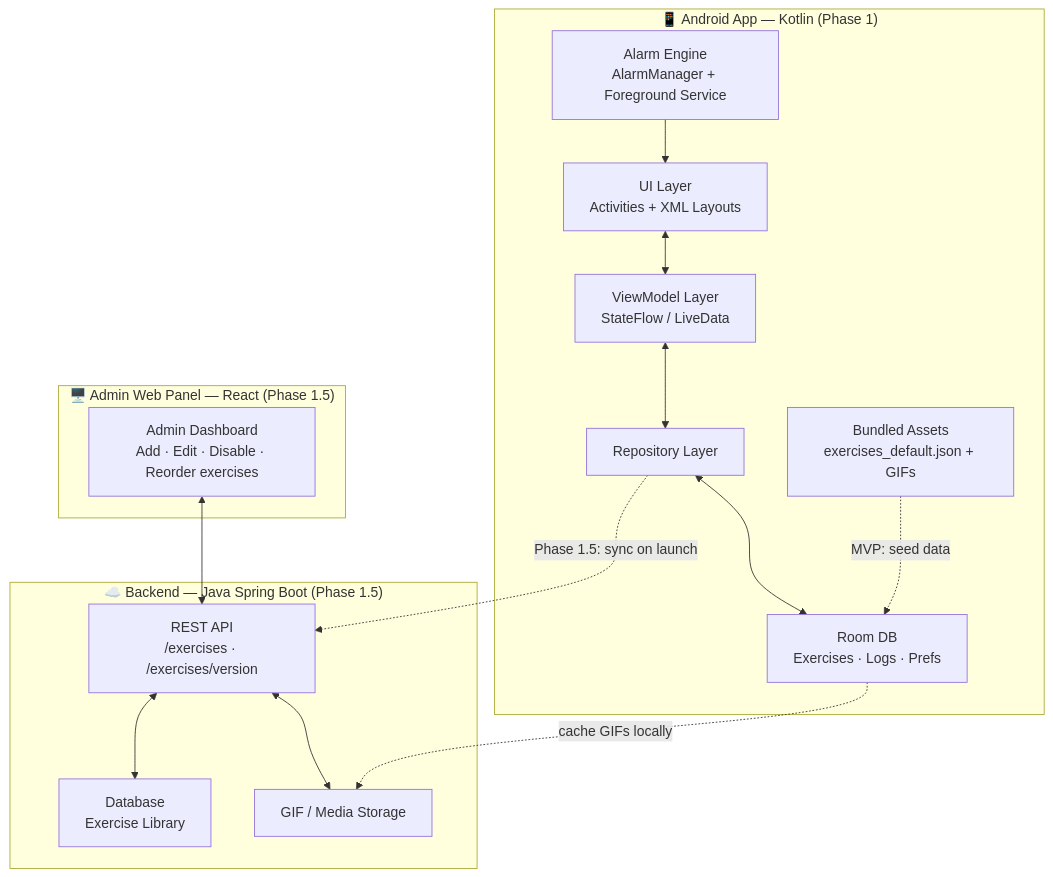
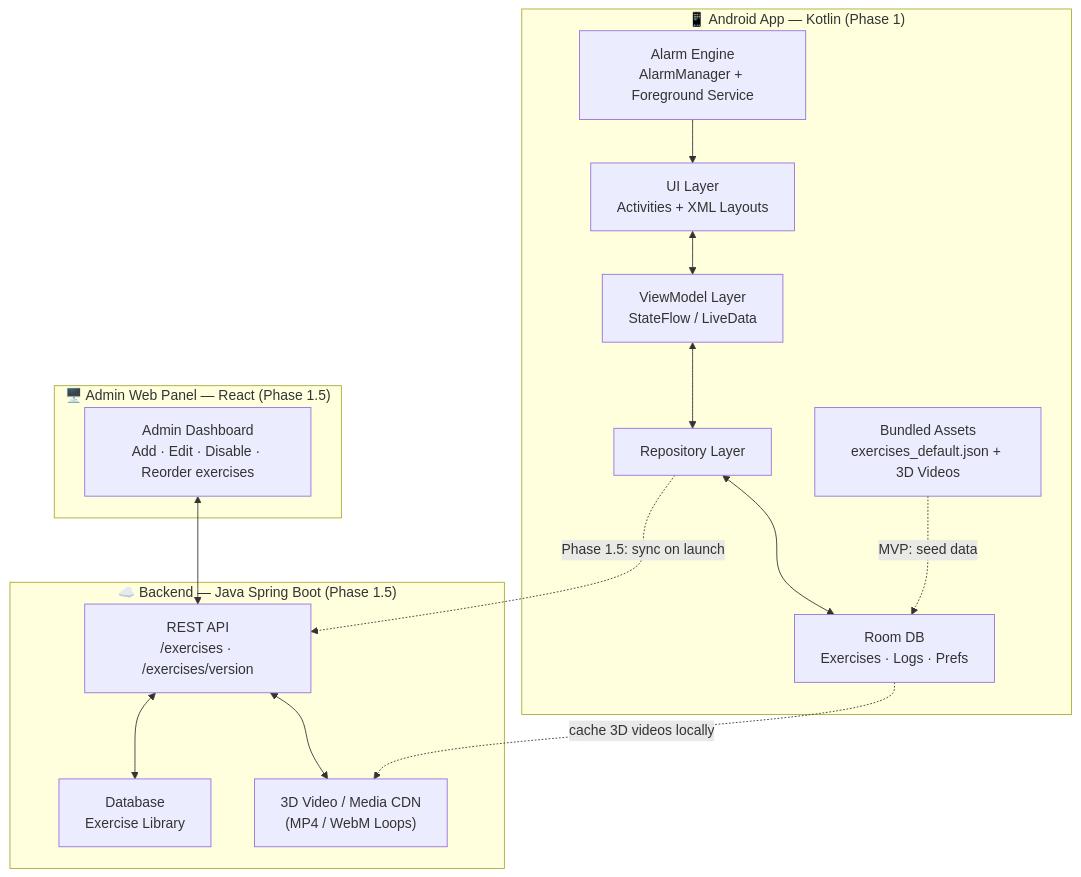
The first of 6 diagrams in backhealth/BackHealth_Architecture.md (naveenh760/project-design-plans), drawn with Mermaid before and after one commit.

Commit message:
docs: update architecture to reflect 3D video loops and CDN

````diff
--- a/backhealth/BackHealth_Architecture.md
+++ b/backhealth/BackHealth_Architecture.md
@@ -7,33 +7,33 @@
 ```mermaid
 flowchart TD
     subgraph ANDROID["📱 Android App — Kotlin (Phase 1)"]
         UI["UI Layer\nActivities + XML Layouts"]
         VM["ViewModel Layer\nStateFlow / LiveData"]
         REPO["Repository Layer"]
         ROOM["Room DB\nExercises · Logs · Prefs"]
         ALARM["Alarm Engine\nAlarmManager + Foreground Service"]
-        ASSETS["Bundled Assets\nexercises_default.json + GIFs"]
+        ASSETS["Bundled Assets\nexercises_default.json + 3D Videos"]
     end
 
     subgraph BACKEND["☁️ Backend — Java Spring Boot (Phase 1.5)"]
         API["REST API\n/exercises · /exercises/version"]
         ADMINDB["Database\nExercise Library"]
-        CDN["GIF / Media Storage"]
+        CDN["3D Video / Media CDN\n(MP4 / WebM Loops)"]
     end
 
     subgraph ADMINPANEL["🖥️ Admin Web Panel — React (Phase 1.5)"]
         ADMINUI["Admin Dashboard\nAdd · Edit · Disable · Reorder exercises"]
     end
 
     UI <--> VM
     VM <--> REPO
     REPO <--> ROOM
     REPO -. "Phase 1.5: sync on launch" .-> API
     ALARM --> UI
     ASSETS -. "MVP: seed data" .-> ROOM
 
     ADMINUI <--> API
     API <--> ADMINDB
     API <--> CDN
-    ROOM -. "cache GIFs locally" .-> CDN
+    ROOM -. "cache 3D videos locally" .-> CDN
 ```
````
